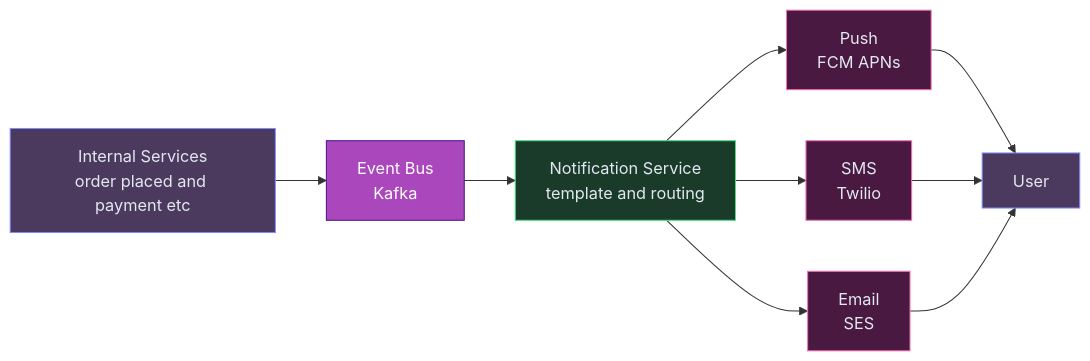
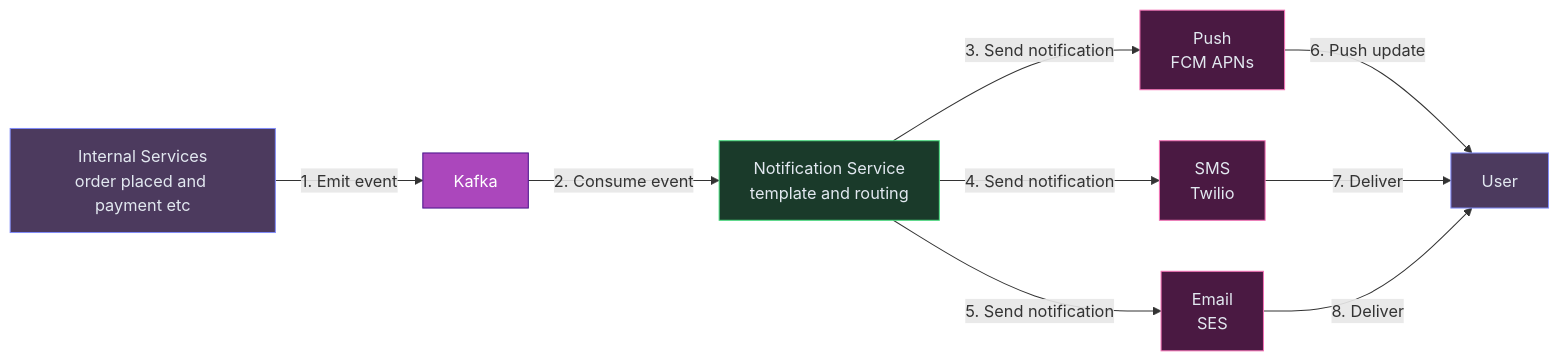
The first of 16 diagrams in content/hld/NotificationSystem.md (iluzn/HLD-Designs), drawn with Mermaid before and after one commit. The commit also changed other lines of this file and 27 other files, not shown here.

````diff
--- a/content/hld/NotificationSystem.md
+++ b/content/hld/NotificationSystem.md
@@ -19,24 +19,24 @@
 ```mermaid
 flowchart LR
     SERVICES["Internal Services<br/>order placed and payment etc"]:::client
-    BUS["Event Bus<br/>Kafka"]:::async
+    BUS["Kafka"]:::async
     NS["Notification Service<br/>template and routing"]:::service
     PUSH["Push<br/>FCM APNs"]:::external
     SMS["SMS<br/>Twilio"]:::external
     EMAIL["Email<br/>SES"]:::external
     USER["User"]:::client
 
-    SERVICES --> BUS
-    BUS --> NS
-    NS --> PUSH
-    NS --> SMS
-    NS --> EMAIL
-    PUSH --> USER
-    SMS --> USER
-    EMAIL --> USER
+    SERVICES -->|"1. Emit event"| BUS
+    BUS -->|"2. Consume event"| NS
+    NS -->|"3. Send notification"| PUSH
+    NS -->|"4. Send notification"| SMS
+    NS -->|"5. Send notification"| EMAIL
+    PUSH -->|"6. Push update"| USER
+    SMS -->|"7. Deliver"| USER
+    EMAIL -->|"8. Deliver"| USER
 
     classDef client fill:#4c3a5e,stroke:#818cf8,color:#e2e8f0
     classDef service fill:#1a3a2a,stroke:#4ade80,color:#e2e8f0
     classDef async fill:#AB47BC,stroke:#4A148C,color:#fff
     classDef external fill:#4a1942,stroke:#f472b6,color:#e2e8f0
 ```
````
